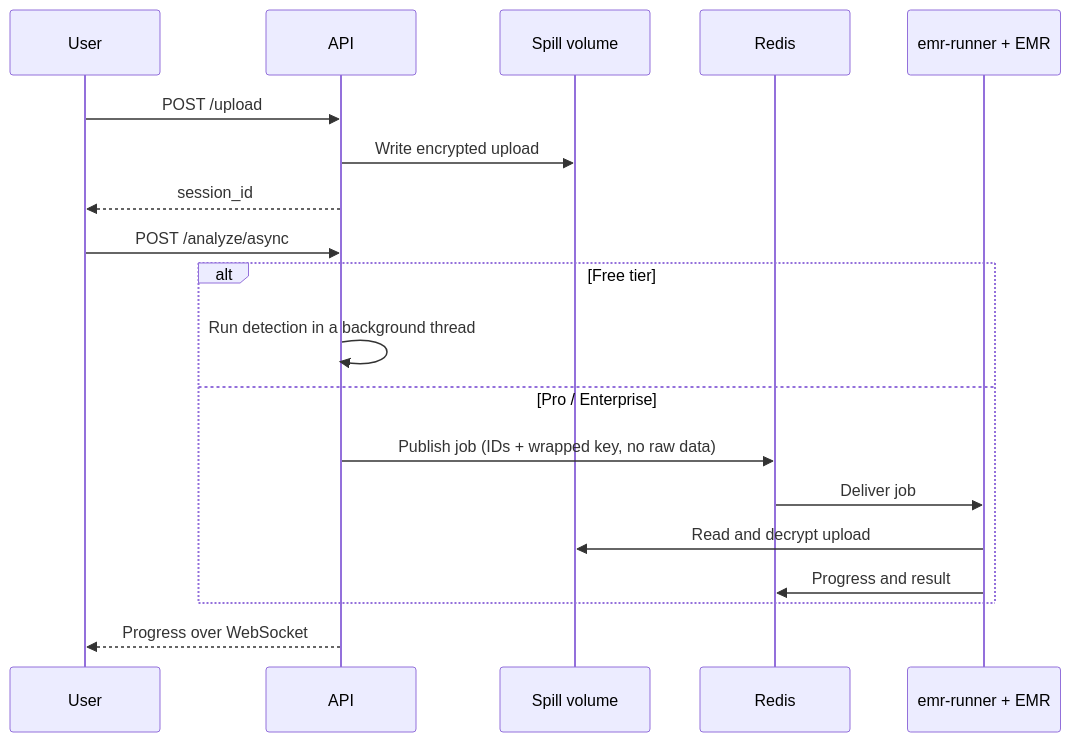
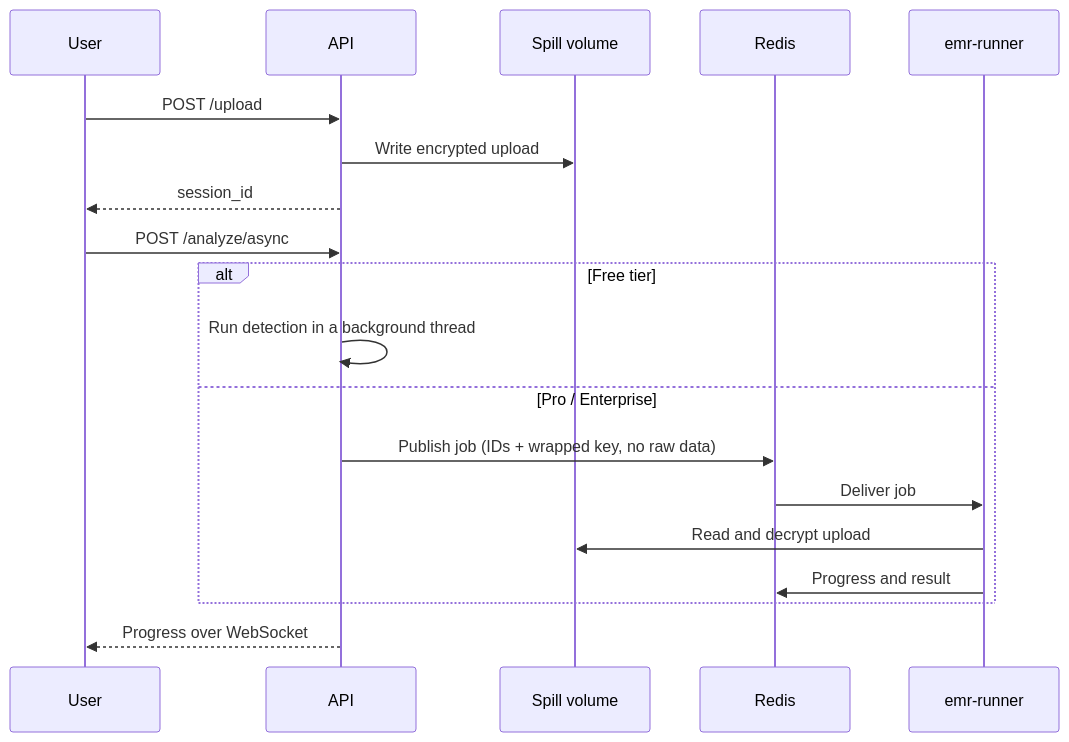
The second of 2 diagrams in docs/architecture/overview.md (DataShield-sp18/data-shield-docs), drawn with Mermaid before and after one commit. The commit also changed other lines of this file and 8 other files, not shown here.

````diff
--- a/docs/architecture/overview.md
+++ b/docs/architecture/overview.md
@@ -59,22 +61,22 @@
 ```mermaid
 sequenceDiagram
     participant U as User
     participant A as API
     participant S as Spill volume
     participant R as Redis
-    participant E as emr-runner + EMR
+    participant E as emr-runner
 
     U->>A: POST /upload
     A->>S: Write encrypted upload
     A-->>U: session_id
     U->>A: POST /analyze/async
     alt Free tier
         A->>A: Run detection in a background thread
     else Pro / Enterprise
         A->>R: Publish job (IDs + wrapped key, no raw data)
         R->>E: Deliver job
         E->>S: Read and decrypt upload
         E->>R: Progress and result
     end
     A-->>U: Progress over WebSocket
 ```
````
